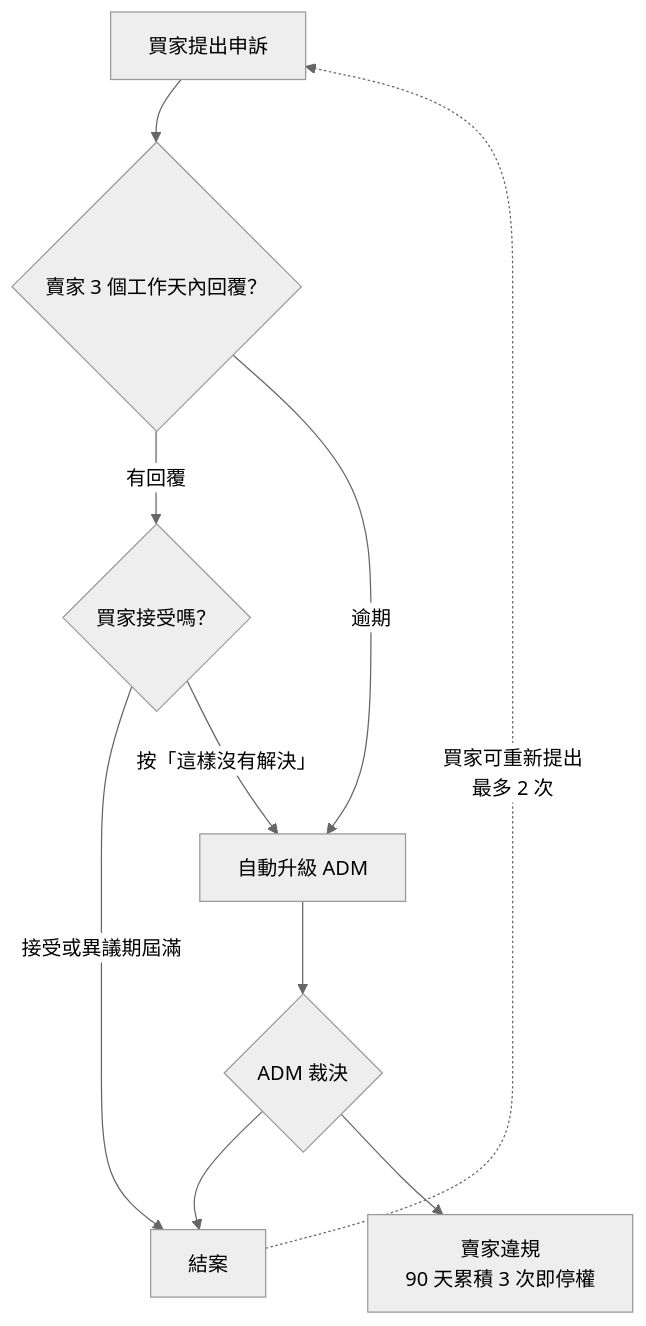
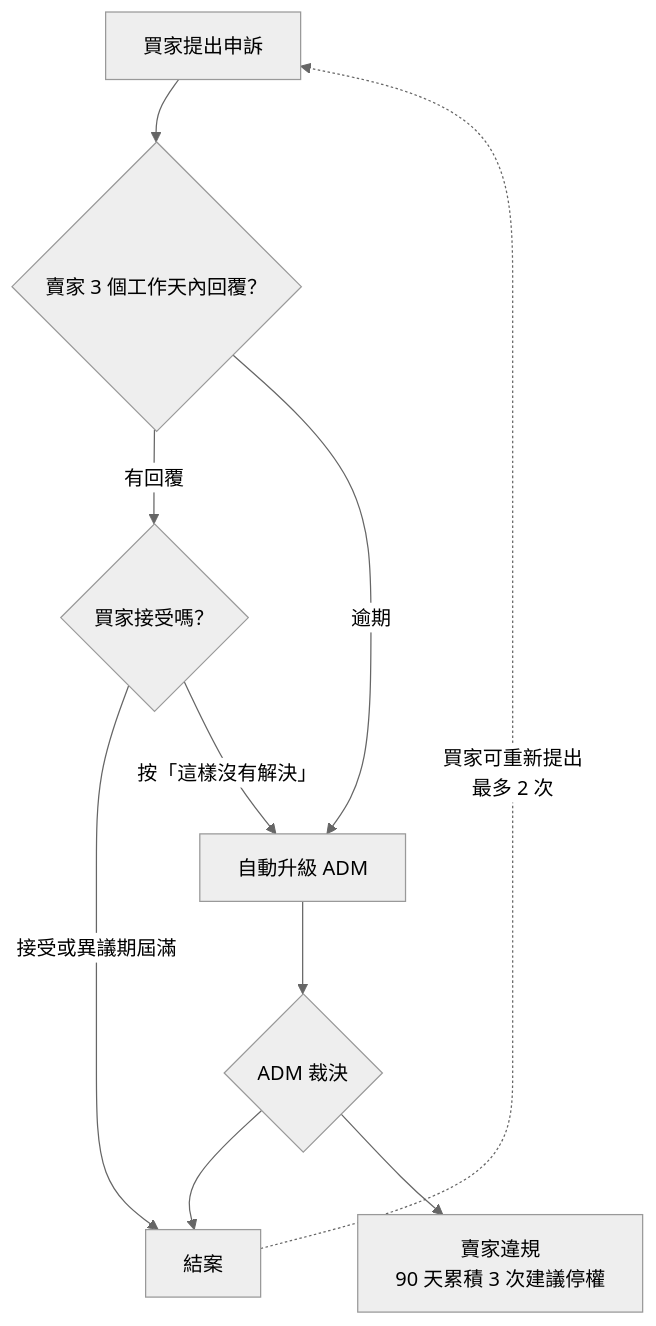
The fifth of 6 diagrams in backend/docs/基本設計書/58-電子發票服務（Invoice Service）基本設計書.md (Will413028/hawkr), drawn with Mermaid (neutral theme) before and after one commit. The commit also changed other lines of this file and 9 other files, not shown here.

````diff
--- a/backend/docs/基本設計書/58-電子發票服務（Invoice Service）基本設計書.md
+++ b/backend/docs/基本設計書/58-電子發票服務（Invoice Service）基本設計書.md
@@ -177,12 +177,12 @@
 ```mermaid
 flowchart TD
     A["買家提出申訴"] --> B{"賣家 3 個工作天內回覆？"}
     B -->|有回覆| C{"買家接受嗎？"}
     B -->|逾期| D["自動升級 ADM"]
     C -->|接受或異議期屆滿| E["結案"]
     C -->|按「這樣沒有解決」| D
     D --> F{"ADM 裁決"}
     F --> E
-    F --> G["賣家違規<br/>90 天累積 3 次即停權"]
+    F --> G["賣家違規<br/>90 天累積 3 次建議停權"]
     E -.->|買家可重新提出<br/>最多 2 次| A
 ```
````
